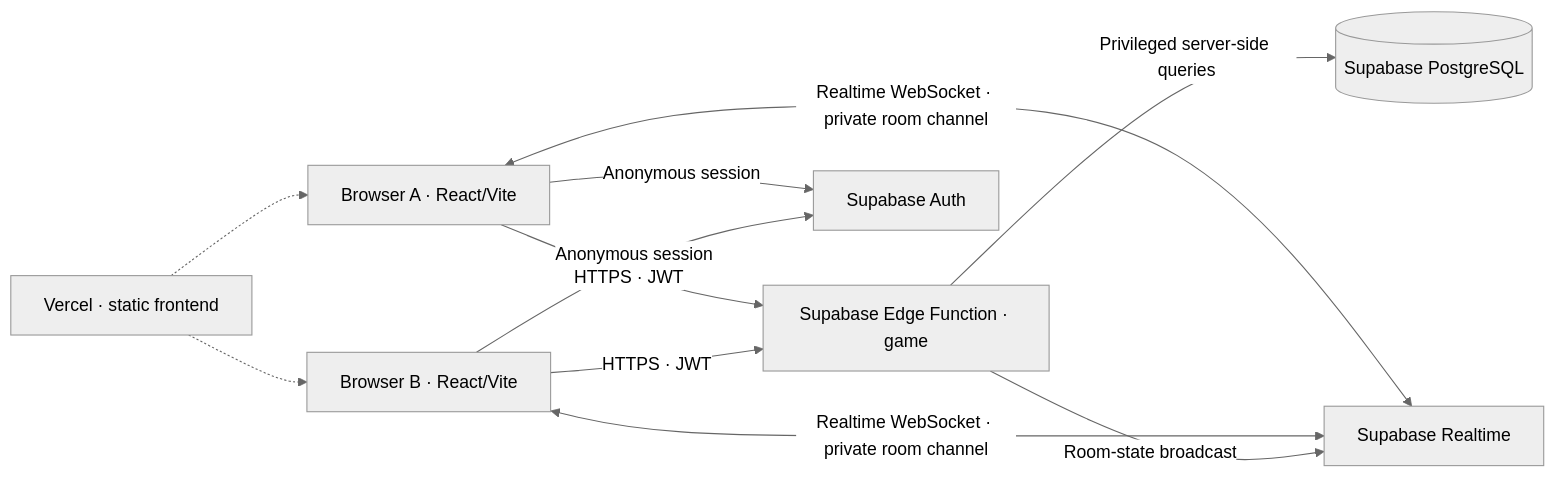
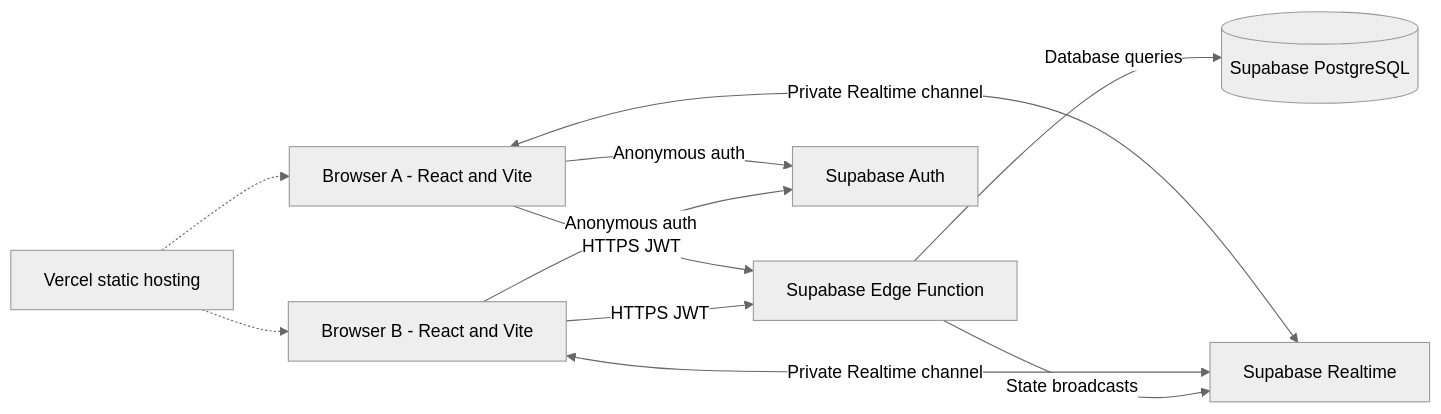
One commit to sampeter-akan/vault-five changed the first of 3 diagrams in README.md. Above: the diagram before and after it, drawn with Mermaid (neutral theme). The commit also changed other lines of this file, not shown here.

Commit message:
Fix Mermaid architecture syntax for GitHub README rendering

````diff
--- a/README.md
+++ b/README.md
@@ -23,13 +23,20 @@
 ```mermaid
 flowchart LR
-  A["Browser A · React/Vite"] -->|HTTPS · JWT| E["Supabase Edge Function · game"]
-  B["Browser B · React/Vite"] -->|HTTPS · JWT| E
-  A <-->|Realtime WebSocket · private room channel| R["Supabase Realtime"]
-  B <-->|Realtime WebSocket · private room channel| R
-  E -->|Privileged server-side queries| P[("Supabase PostgreSQL")]
-  E -->|Room-state broadcast| R
-  A -->|Anonymous session| U["Supabase Auth"]
-  B -->|Anonymous session| U
-  V["Vercel · static frontend"] -.-> A
+  A["Browser A - React and Vite"]
+  B["Browser B - React and Vite"]
+  E["Supabase Edge Function"]
+  R["Supabase Realtime"]
+  P[("Supabase PostgreSQL")]
+  U["Supabase Auth"]
+  V["Vercel static hosting"]
+  A -->|"HTTPS JWT"| E
+  B -->|"HTTPS JWT"| E
+  A <-->|"Private Realtime channel"| R
+  B <-->|"Private Realtime channel"| R
+  E -->|"Database queries"| P
+  E -->|"State broadcasts"| R
+  A -->|"Anonymous auth"| U
+  B -->|"Anonymous auth"| U
+  V -.-> A
   V -.-> B
 ```
````
